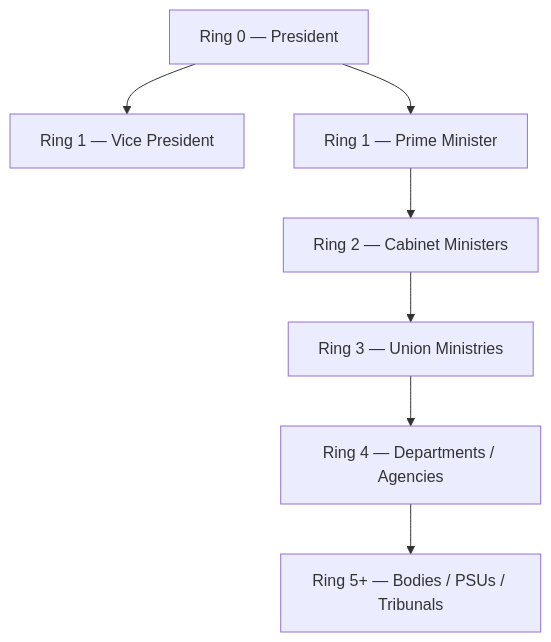
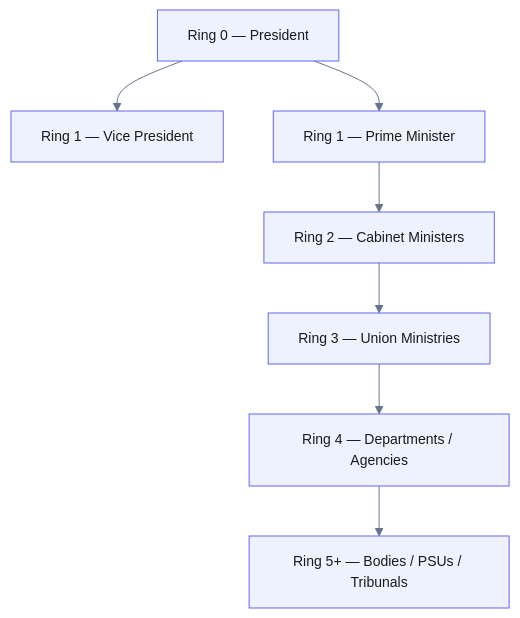
One commit to vtri950/MoG-India changed the first of 3 diagrams in README.md. Above: the diagram before and after it, drawn with Mermaid. The commit also changed other lines of this file and 5 other files, not shown here.

````diff
--- a/README.md
+++ b/README.md
@@ -19,17 +17,18 @@
 ```mermaid
+%%{init: {'theme':'base', 'themeVariables': {'primaryColor':'#eef2ff','primaryTextColor':'#1a1a1a','primaryBorderColor':'#6366f1','lineColor':'#64748b','textColor':'#1a1a1a','fontSize':'14px'}}}%%
 graph TD
   P[Ring 0 — President]
   VP[Ring 1 — Vice President]
   PM[Ring 1 — Prime Minister]
   CM[Ring 2 — Cabinet Ministers]
   UM[Ring 3 — Union Ministries]
   D[Ring 4 — Departments / Agencies]
   B[Ring 5+ — Bodies / PSUs / Tribunals]
 
   P --> VP
   P --> PM
   PM --> CM
   CM --> UM
   UM --> D
   D --> B
 ```
````
